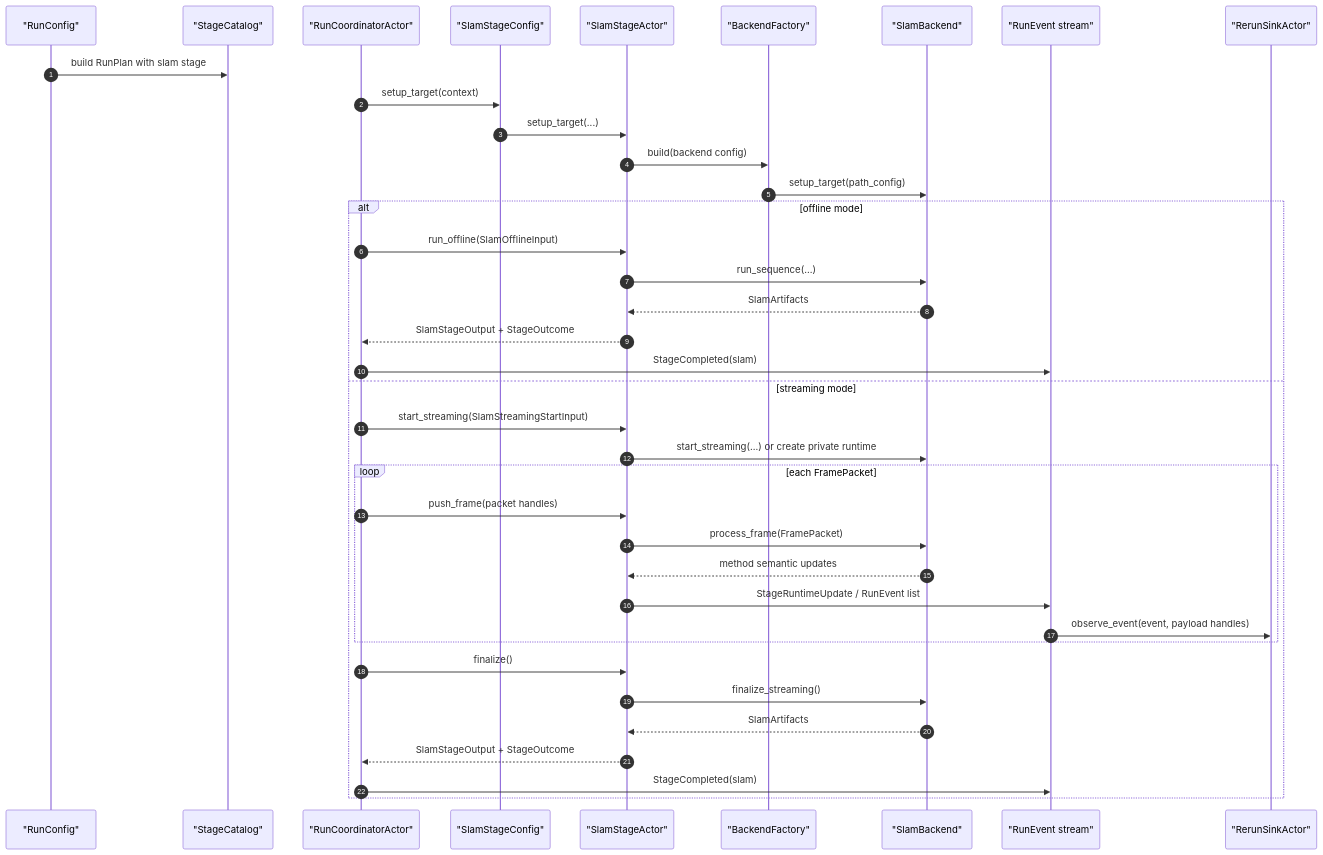
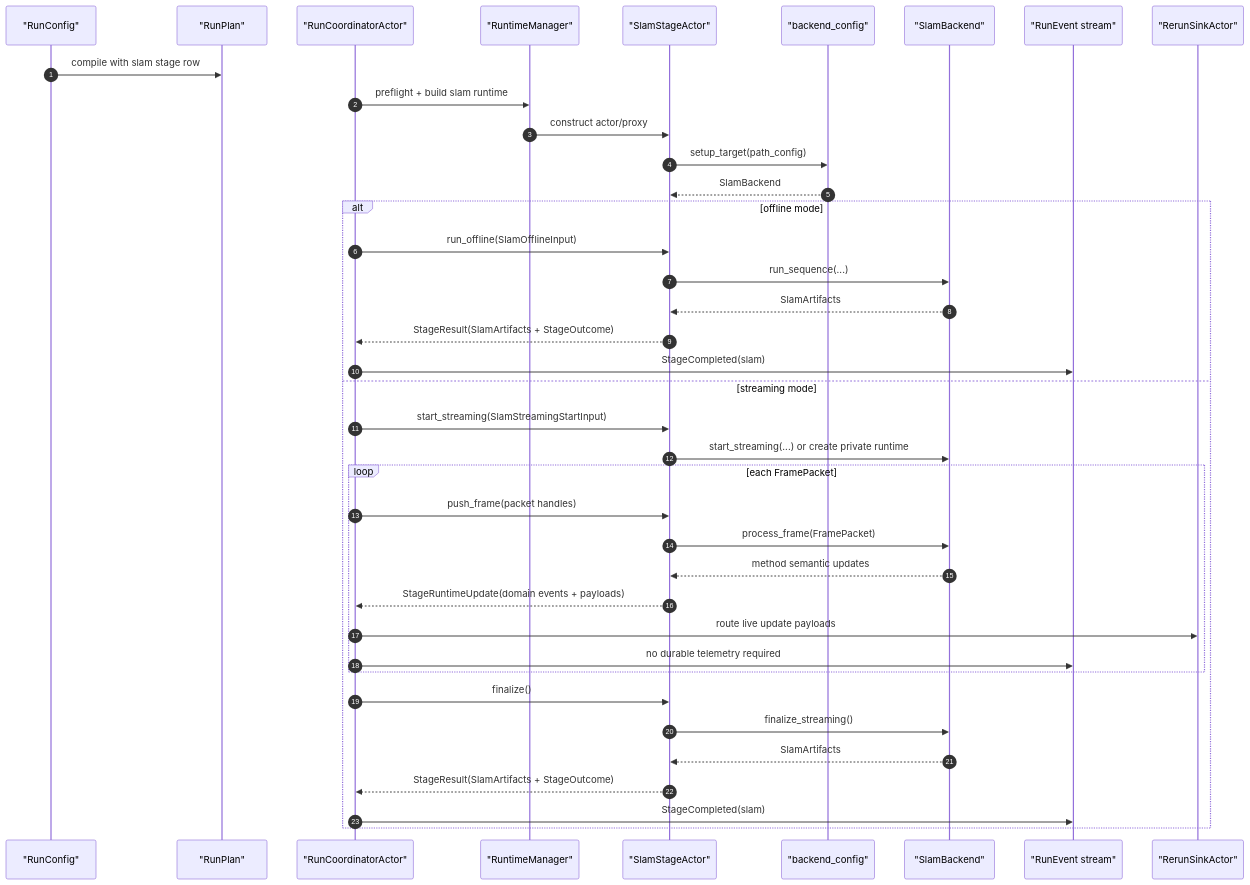
Diagram 11 of 13 in docs/architecture/pipeline-stage-refactor-target.md (JanDuchscherer104/prml-vslam), drawn with Mermaid before and after one commit. The commit also changed other lines of this file and 1 other file, not shown here.

Commit message:
docs: update refactor plan

````diff
--- a/docs/architecture/pipeline-stage-refactor-target.md
+++ b/docs/architecture/pipeline-stage-refactor-target.md
@@ -999,42 +1153,43 @@
 ```mermaid
 sequenceDiagram
     autonumber
     participant RunCfg as "RunConfig"
-    participant Catalog as "StageCatalog"
+    participant Plan as "RunPlan"
     participant Coord as "RunCoordinatorActor"
-    participant StageCfg as "SlamStageConfig"
+    participant RuntimeMgr as "RuntimeManager"
     participant SlamRuntime as "SlamStageActor"
-    participant Factory as "BackendFactory"
+    participant BackendCfg as "backend_config"
     participant Backend as "SlamBackend"
     participant Events as "RunEvent stream"
     participant Rerun as "RerunSinkActor"
 
-    RunCfg->>Catalog: build RunPlan with slam stage
-    Coord->>StageCfg: setup_target(context)
-    StageCfg->>SlamRuntime: setup_target(...)
-    SlamRuntime->>Factory: build(backend config)
-    Factory->>Backend: setup_target(path_config)
+    RunCfg->>Plan: compile with slam stage row
+    Coord->>RuntimeMgr: preflight + build slam runtime
+    RuntimeMgr->>SlamRuntime: construct actor/proxy
+    SlamRuntime->>BackendCfg: setup_target(path_config)
+    BackendCfg-->>SlamRuntime: SlamBackend
 
     alt offline mode
         Coord->>SlamRuntime: run_offline(SlamOfflineInput)
         SlamRuntime->>Backend: run_sequence(...)
         Backend-->>SlamRuntime: SlamArtifacts
-        SlamRuntime-->>Coord: SlamStageOutput + StageOutcome
+        SlamRuntime-->>Coord: StageResult(SlamArtifacts + StageOutcome)
         Coord->>Events: StageCompleted(slam)
     else streaming mode
         Coord->>SlamRuntime: start_streaming(SlamStreamingStartInput)
         SlamRuntime->>Backend: start_streaming(...) or create private runtime
         loop each FramePacket
             Coord->>SlamRuntime: push_frame(packet handles)
             SlamRuntime->>Backend: process_frame(FramePacket)
             Backend-->>SlamRuntime: method semantic updates
-            SlamRuntime->>Events: StageRuntimeUpdate / RunEvent list
-            Events->>Rerun: observe_event(event, payload handles)
+            SlamRuntime-->>Coord: StageRuntimeUpdate(domain events + payloads)
+            Coord->>Rerun: route live update payloads
+            Coord->>Events: no durable telemetry required
         end
         Coord->>SlamRuntime: finalize()
         SlamRuntime->>Backend: finalize_streaming()
         Backend-->>SlamRuntime: SlamArtifacts
-        SlamRuntime-->>Coord: SlamStageOutput + StageOutcome
+        SlamRuntime-->>Coord: StageResult(SlamArtifacts + StageOutcome)
         Coord->>Events: StageCompleted(slam)
     end
 ```
````
